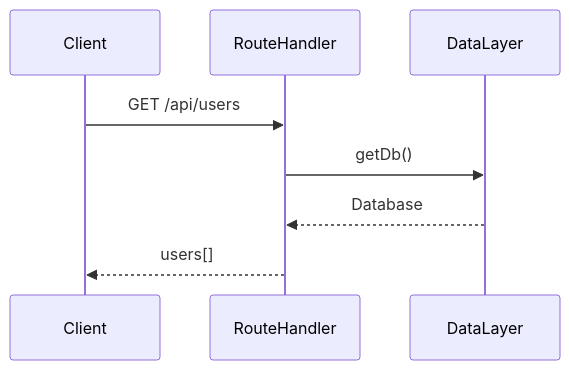
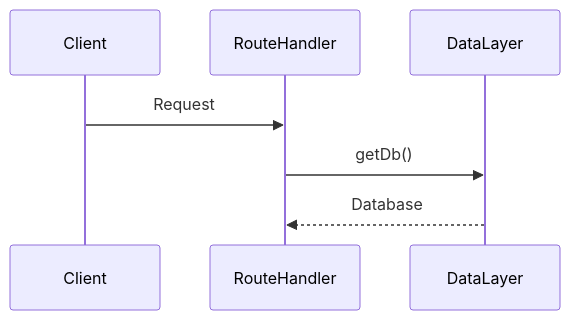
The second of 5 diagrams in NextJS/Mock-API-Server/5-Implement-CRUD-Engine.md (seanwhs/Tutorials), drawn with Mermaid before and after one commit. The commit also changed other lines of this file, not shown here.

````diff
--- a/NextJS/Mock-API-Server/5-Implement-CRUD-Engine.md
+++ b/NextJS/Mock-API-Server/5-Implement-CRUD-Engine.md
@@ -199,12 +132,11 @@
 ```mermaid
 sequenceDiagram
 
 participant Client
 participant RouteHandler
 participant DataLayer
 
-Client->>RouteHandler: GET /api/users
+Client->>RouteHandler: Request
 RouteHandler->>DataLayer: getDb()
 DataLayer-->>RouteHandler: Database
-RouteHandler-->>Client: users[]
 ```
````
